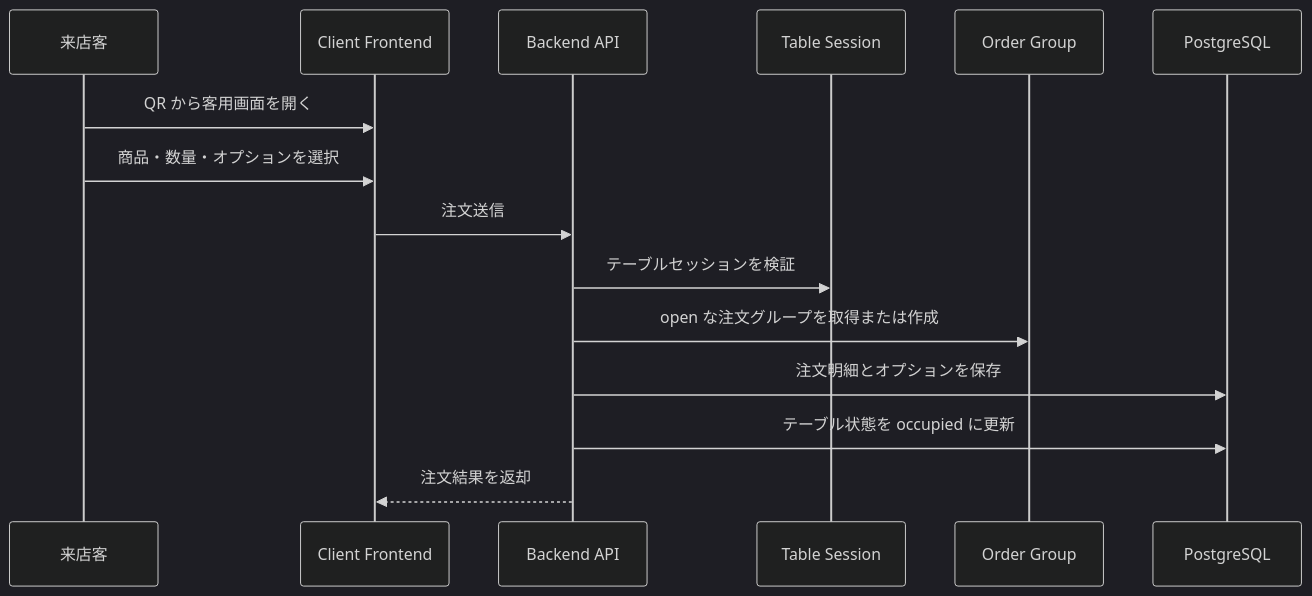
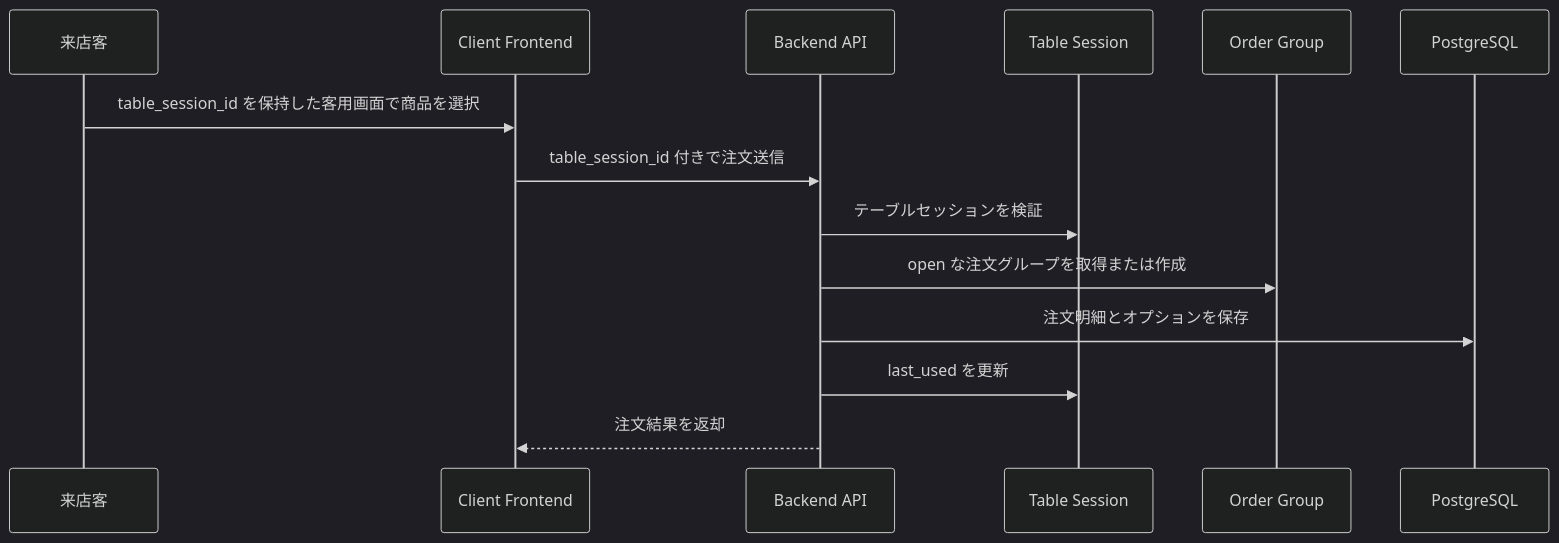
Before and after one commit to inoUwU/pinu: the sixth of 10 diagrams in docs/spec/reverse_engineered_system_spec.md, drawn with Mermaid (dark theme). The commit also changed other lines of this file and 6 other files, not shown here.

````diff
--- a/docs/spec/reverse_engineered_system_spec.md
+++ b/docs/spec/reverse_engineered_system_spec.md
@@ -176,18 +190,17 @@
 ```mermaid
 sequenceDiagram
     participant Customer as 来店客
     participant Frontend as Client Frontend
     participant API as Backend API
     participant Session as Table Session
     participant Order as Order Group
     participant DB as PostgreSQL
 
-    Customer->>Frontend: QR から客用画面を開く
-    Customer->>Frontend: 商品・数量・オプションを選択
-    Frontend->>API: 注文送信
+    Customer->>Frontend: table_session_id を保持した客用画面で商品を選択
+    Frontend->>API: table_session_id 付きで注文送信
     API->>Session: テーブルセッションを検証
     API->>Order: open な注文グループを取得または作成
     API->>DB: 注文明細とオプションを保存
-    API->>DB: テーブル状態を occupied に更新
+    API->>Session: last_used を更新
     API-->>Frontend: 注文結果を返却
 ```
````
